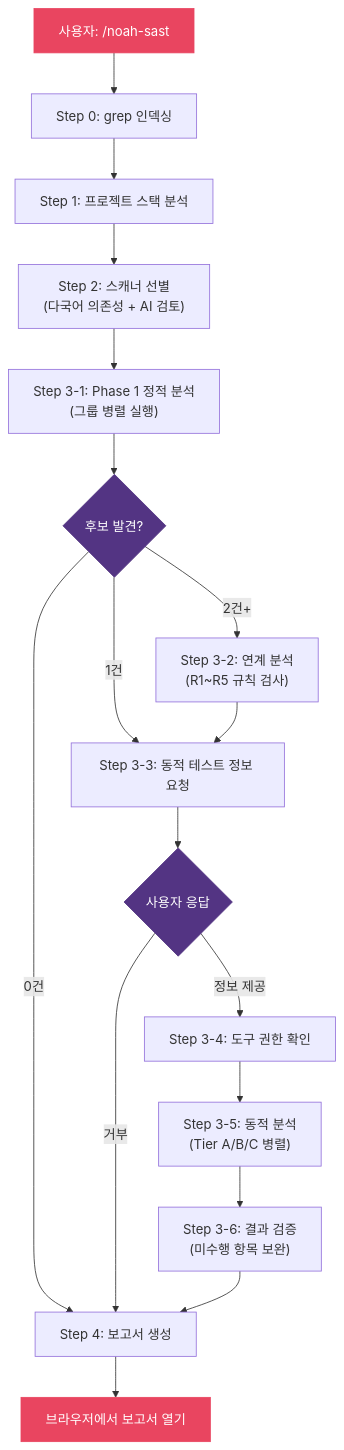
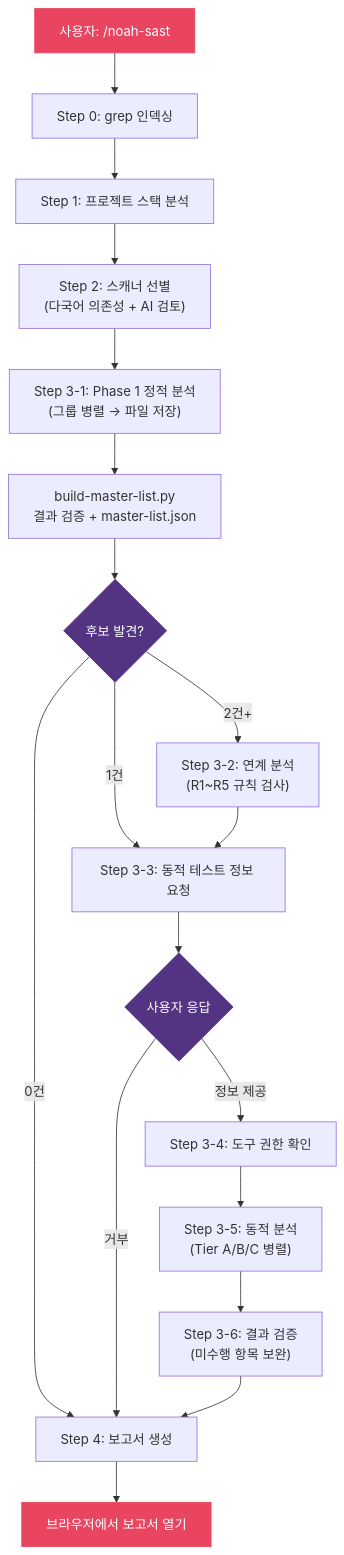
One commit to nomarlhack/noah-sast changed the fifth of 5 diagrams in README.md. Above: the diagram before and after it, drawn with Mermaid. The commit also changed other lines of this file and 11 other files, not shown here.

````diff
--- a/README.md
+++ b/README.md
@@ -465,24 +615,25 @@
 ```mermaid
 flowchart TD
     User["사용자: /noah-sast"] --> S0["Step 0: grep 인덱싱"]
     S0 --> S1["Step 1: 프로젝트 스택 분석"]
     S1 --> S2["Step 2: 스캐너 선별\n(다국어 의존성 + AI 검토)"]
-    S2 --> S3["Step 3-1: Phase 1 정적 분석\n(그룹 병렬 실행)"]
-    S3 --> Check{후보 발견?}
+    S2 --> S3["Step 3-1: Phase 1 정적 분석\n(그룹 병렬 → 파일 저장)"]
+    S3 --> BML2["build-master-list.py\n결과 검증 + master-list.json"]
+    BML2 --> Check{후보 발견?}
     Check -->|0건| S4["Step 4: 보고서 생성"]
     Check -->|2건+| Chain["Step 3-2: 연계 분석\n(R1~R5 규칙 검사)"]
     Check -->|1건| Ask
     Chain --> Ask["Step 3-3: 동적 테스트 정보 요청"]
     Ask --> UserReply{사용자 응답}
     UserReply -->|정보 제공| Perm["Step 3-4: 도구 권한 확인"]
     UserReply -->|거부| S4
     Perm --> Dynamic["Step 3-5: 동적 분석\n(Tier A/B/C 병렬)"]
     Dynamic --> Verify["Step 3-6: 결과 검증\n(미수행 항목 보완)"]
     Verify --> S4
     S4 --> Open["브라우저에서 보고서 열기"]
 
     style User fill:#e94560,stroke:#e94560,color:#fff
     style Open fill:#e94560,stroke:#e94560,color:#fff
     style Check fill:#533483,stroke:#533483,color:#fff
     style UserReply fill:#533483,stroke:#533483,color:#fff
 ```
````
